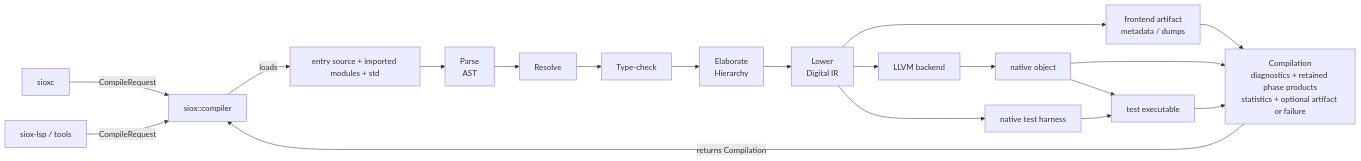
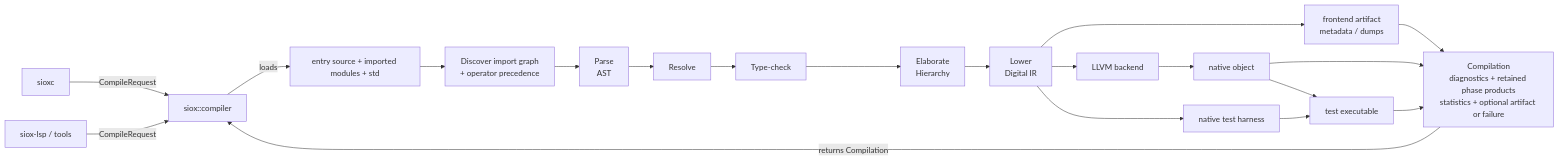
The diagram in docs/README.md (Siox-lang/sioxc), drawn with Mermaid before and after one commit. The commit also changed 6 other files, not shown here.

````diff
--- a/docs/README.md
+++ b/docs/README.md
@@ -34,24 +34,25 @@
 ```mermaid
 flowchart LR
     CLI["sioxc"] -->|CompileRequest| API["siox::compiler"]
     LSP["siox-lsp / tools"] -->|CompileRequest| API
 
     API -->|loads| SRC["entry source + imported modules + std"]
-    SRC --> AST["Parse<br/>AST"]
+    SRC --> DISC["Discover import graph<br/>+ operator precedence"]
+    DISC --> AST["Parse<br/>AST"]
     AST --> RES["Resolve"]
     RES --> TYPE["Type-check"]
     TYPE --> ELAB["Elaborate<br/>Hierarchy"]
     ELAB --> IR["Lower<br/>Digital IR"]
 
     IR --> FRONT["frontend artifact<br/>metadata / dumps"]
     IR --> LLVM["LLVM backend"]
     IR --> HARNESS["native test harness"]
     LLVM --> OBJ["native object"]
     OBJ --> TEST["test executable"]
     HARNESS --> TEST
 
     FRONT --> RESULT["Compilation<br/>diagnostics + retained phase products<br/>statistics + optional artifact or failure"]
     OBJ --> RESULT
     TEST --> RESULT
     RESULT -->|returns Compilation| API
 ```
````
